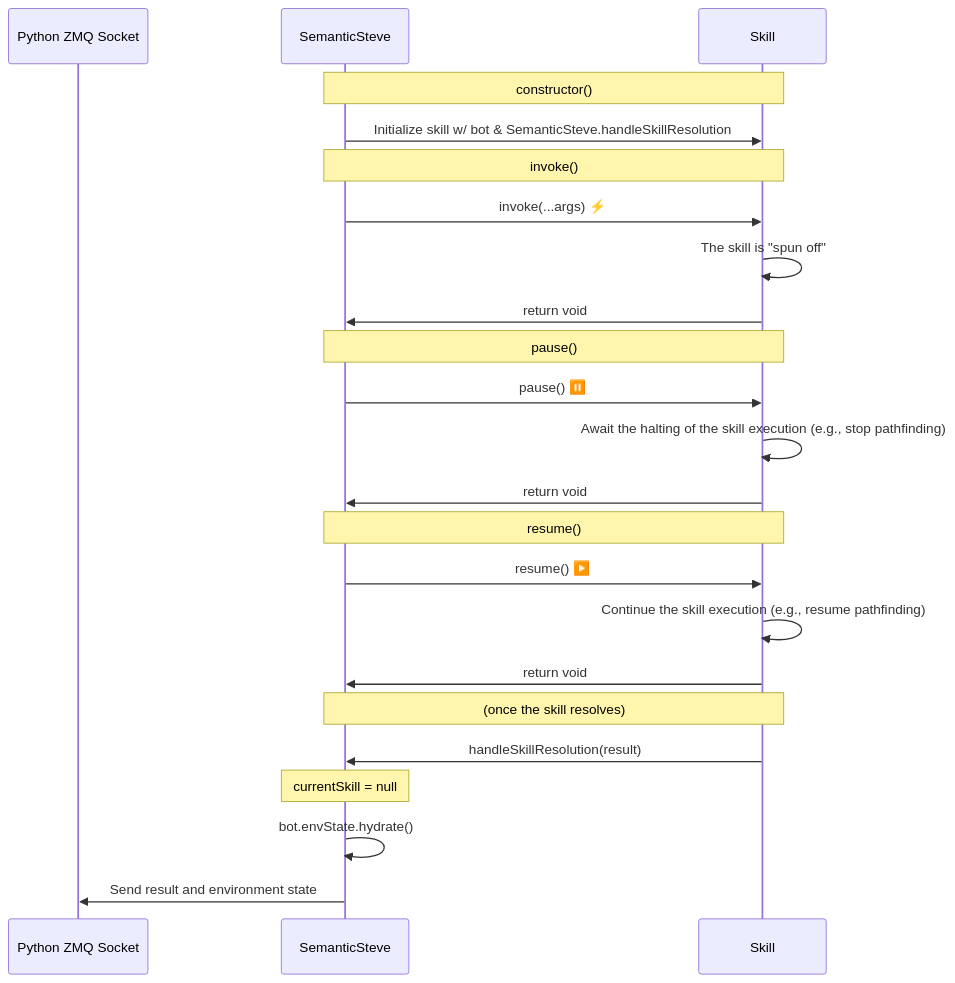
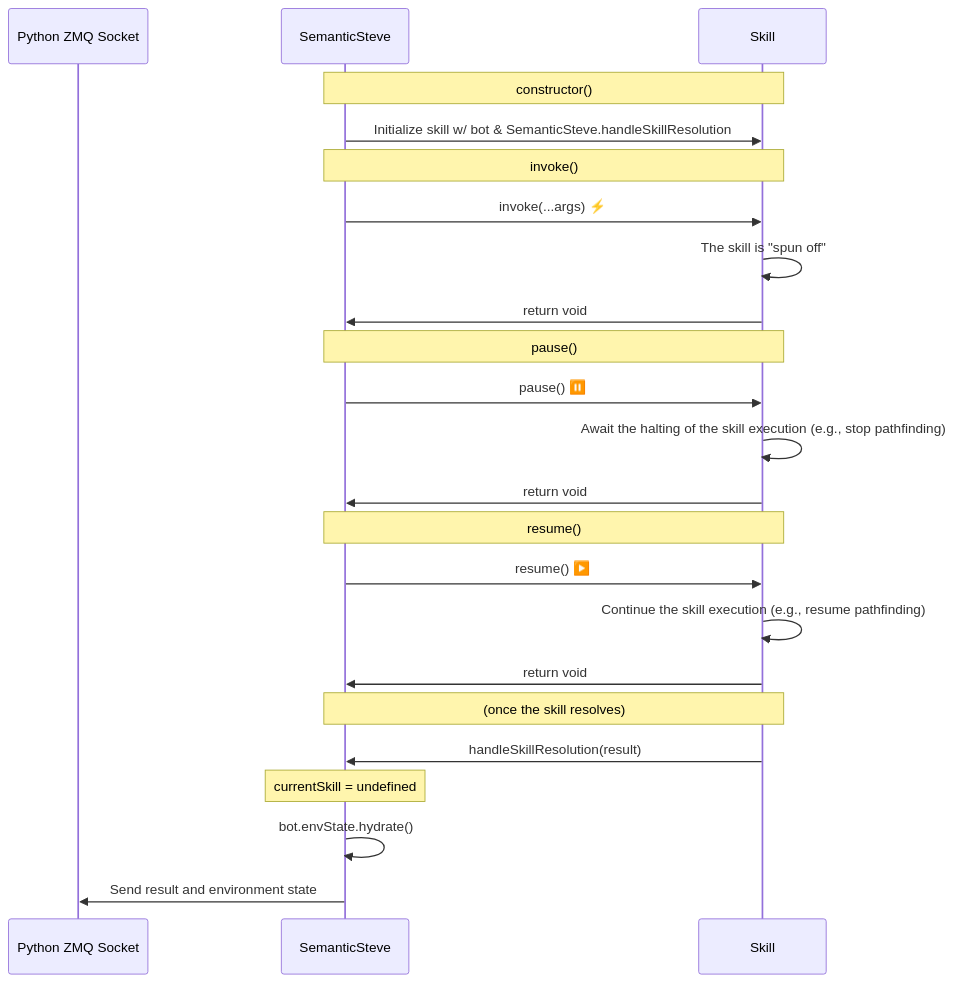
One commit to sonnygeorge/semantic-steve changed the second of 2 diagrams in semantic_steve/js/README.md. Above: the diagram before and after it, drawn with Mermaid. The commit also changed 25 other files, not shown here.

````diff
--- a/semantic_steve/js/README.md
+++ b/semantic_steve/js/README.md
@@ -61,30 +61,30 @@
 ```mermaid
 sequenceDiagram
     participant Python as Python ZMQ Socket
     participant SS as SemanticSteve
     participant Skill as Skill
 
     Note over SS,Skill: constructor()
     SS->>Skill: Initialize skill w/ bot & SemanticSteve.handleSkillResolution
 
     Note over SS,Skill: invoke()
     SS->>Skill: invoke(...args) ⚡
     Skill->>Skill: The skill is "spun off"
     Skill->>SS: return void
 
     Note over SS,Skill: pause()
     SS->>Skill: pause() ⏸️
     Skill->>Skill: Await the halting of the skill execution (e.g., stop pathfinding)
     Skill->>SS: return void
 
     Note over SS,Skill: resume()
     SS->>Skill: resume() ▶️
     Skill->>Skill: Continue the skill execution (e.g., resume pathfinding)
     Skill->>SS: return void
 
     Note over SS,Skill: (once the skill resolves)
     Skill->>SS: handleSkillResolution(result)
-    Note over SS: currentSkill = null
+    Note over SS: currentSkill = undefined
     SS->>SS: bot.envState.hydrate()
     SS->>Python: Send result and environment state
 ```
````
